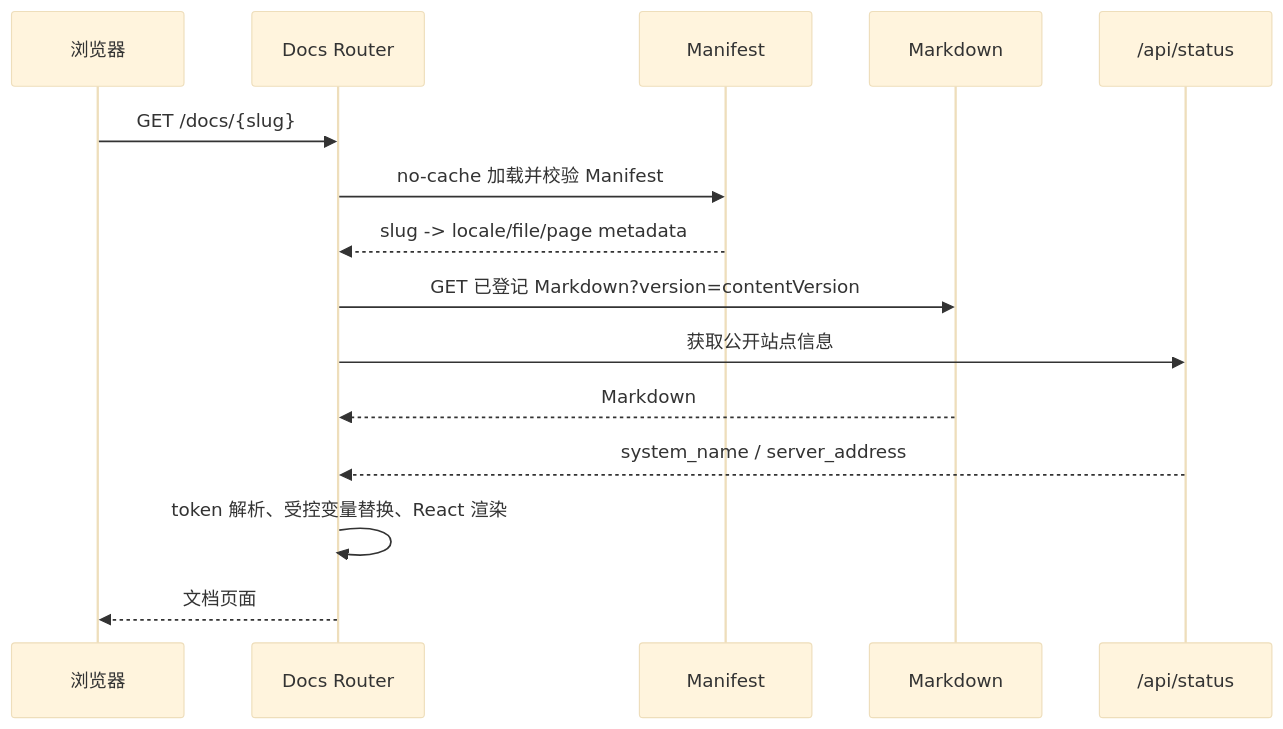
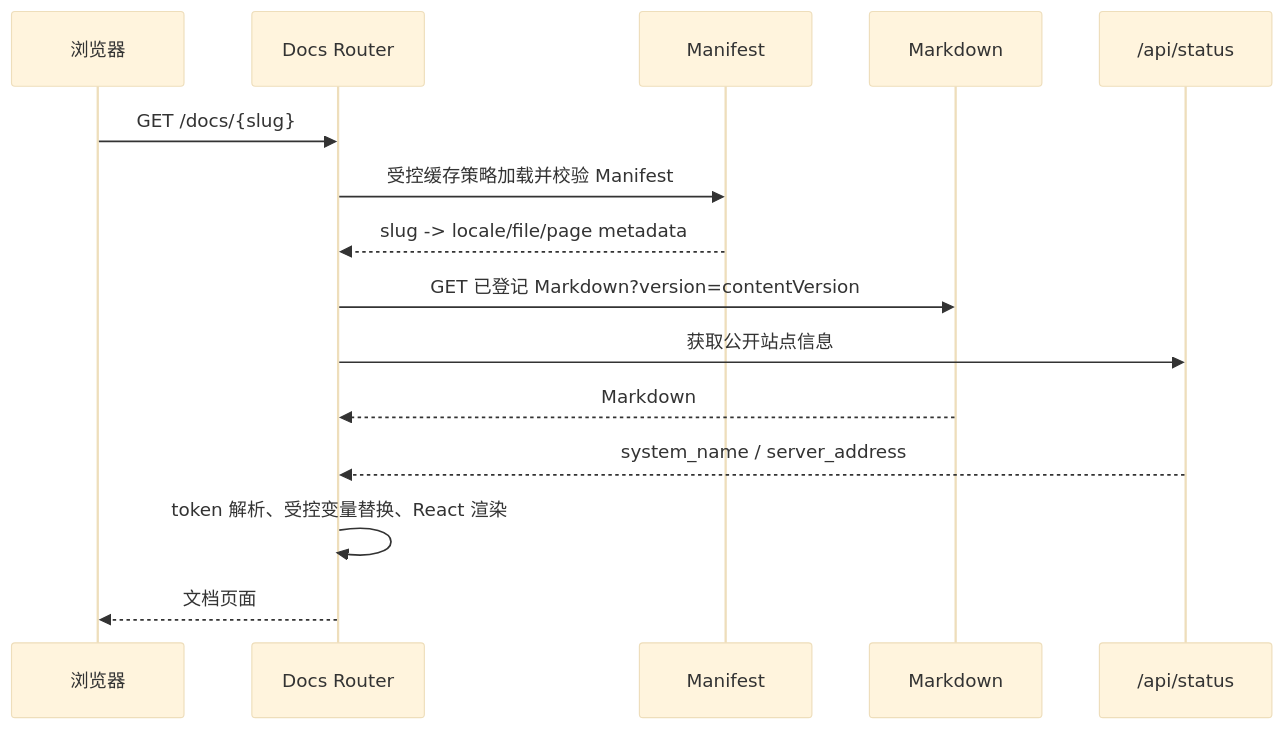
The second of 2 diagrams in docs/20-architecture/公开API文档交付架构.md (wuqiang44444444/new-api), drawn with Mermaid (base theme) before and after one commit. The commit also changed other lines of this file and 136 other files, not shown here.

````diff
--- a/docs/20-architecture/公开API文档交付架构.md
+++ b/docs/20-architecture/公开API文档交付架构.md
@@ -122,18 +122,18 @@
 ```mermaid
 sequenceDiagram
     participant U as 浏览器
     participant R as Docs Router
     participant M as Manifest
     participant D as Markdown
     participant S as /api/status
 
     U->>R: GET /docs/{slug}
-    R->>M: no-cache 加载并校验 Manifest
+    R->>M: 受控缓存策略加载并校验 Manifest
     M-->>R: slug -> locale/file/page metadata
     R->>D: GET 已登记 Markdown?version=contentVersion
     R->>S: 获取公开站点信息
     D-->>R: Markdown
     S-->>R: system_name / server_address
     R->>R: token 解析、受控变量替换、React 渲染
     R-->>U: 文档页面
 ```
````
